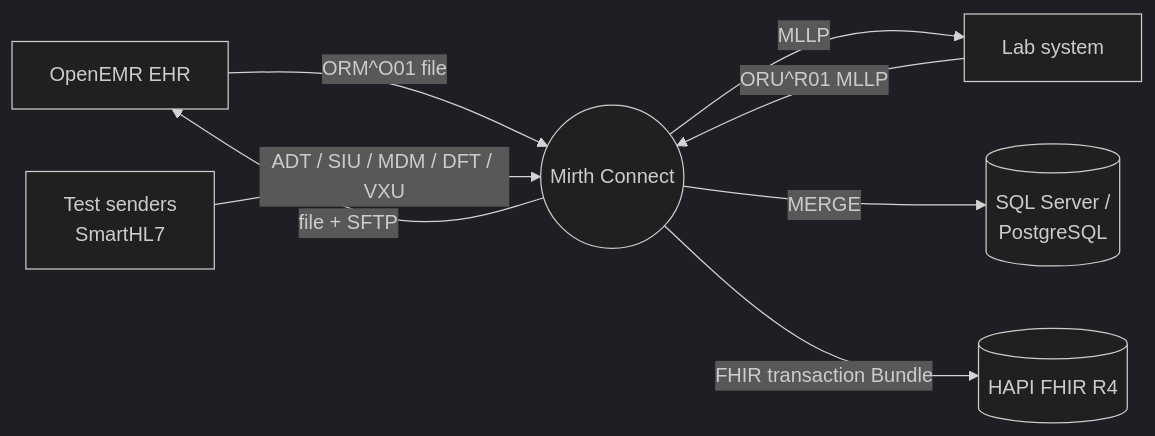
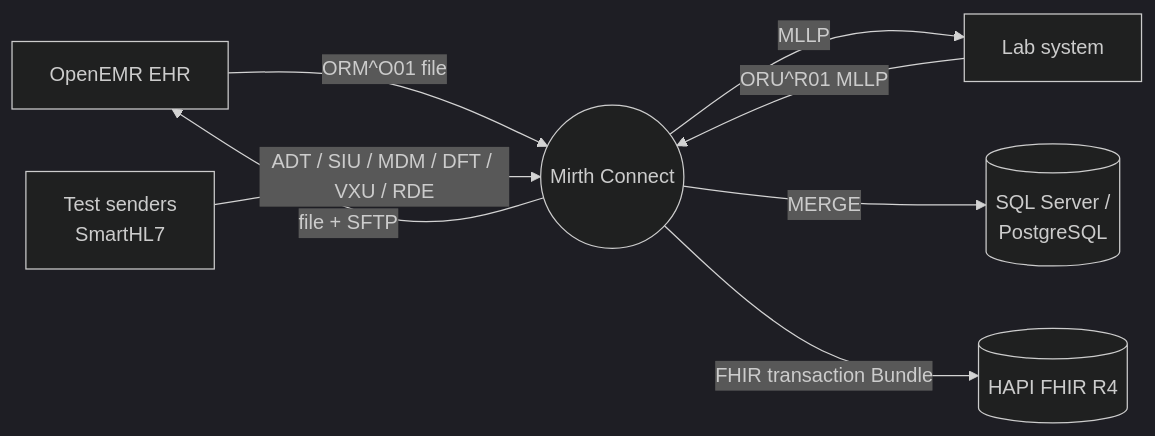
Before and after one commit to eafum/healthcare-interoperability-portfolio: the diagram in README.md, drawn with Mermaid (dark theme). The commit also changed other lines of this file and 6 other files, not shown here.

````diff
--- a/README.md
+++ b/README.md
@@ -37,10 +38,10 @@
 ```mermaid
 flowchart LR
     EHR[OpenEMR EHR] -- ORM^O01 file --> M((Mirth Connect))
     M -- MLLP --> LAB[Lab system]
     LAB -- ORU^R01 MLLP --> M
     M -- file + SFTP --> EHR
-    SRC[Test senders<br/>SmartHL7] -- ADT / SIU / MDM / DFT / VXU --> M
+    SRC[Test senders<br/>SmartHL7] -- ADT / SIU / MDM / DFT / VXU / RDE --> M
     M -- MERGE --> SQL[(SQL Server /<br/>PostgreSQL)]
     M -- FHIR transaction Bundle --> FHIR[(HAPI FHIR R4)]
 ```
````
